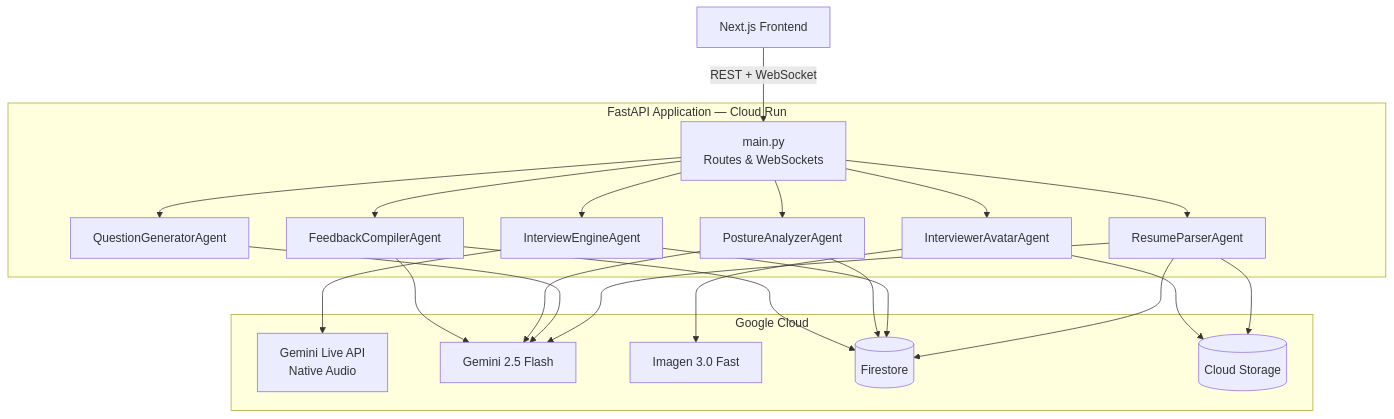
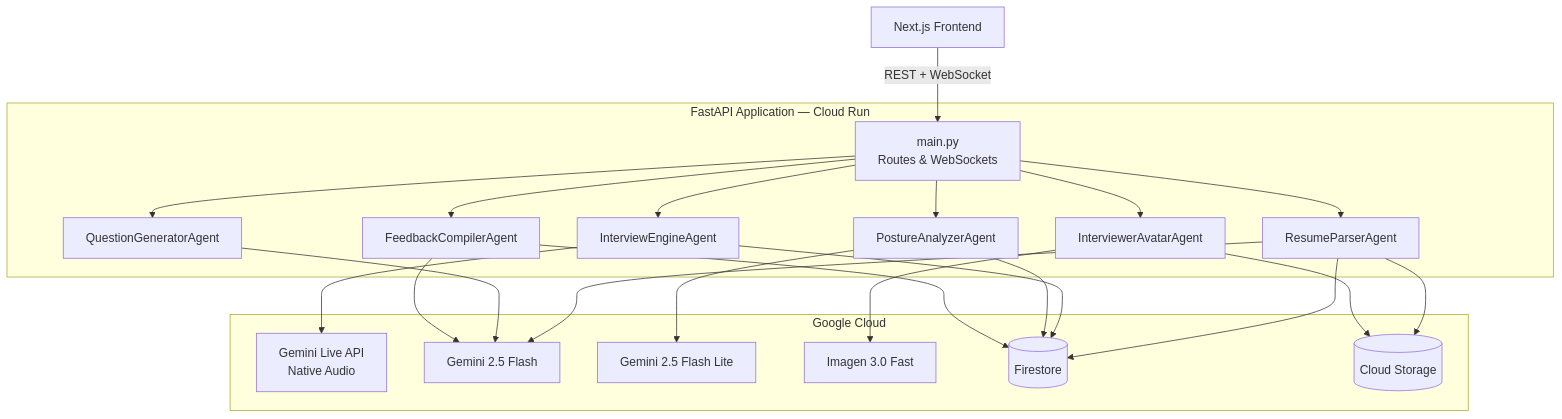
The first of 2 diagrams in backend/README.md (mockmate-app/mockmate), drawn with Mermaid before and after one commit. The commit also changed other lines of this file and 2 other files, not shown here.

````diff
--- a/backend/README.md
+++ b/backend/README.md
@@ -9,32 +9,33 @@
 ```mermaid
 graph TB
     FE[Next.js Frontend]
 
     subgraph "FastAPI Application — Cloud Run"
         MAIN[main.py<br/>Routes & WebSockets]
         RP[ResumeParserAgent]
         QG[QuestionGeneratorAgent]
         IE[InterviewEngineAgent]
         PA[PostureAnalyzerAgent]
         FC[FeedbackCompilerAgent]
         IA[InterviewerAvatarAgent]
     end
 
     subgraph "Google Cloud"
         LIVE[Gemini Live API<br/>Native Audio]
         FLASH[Gemini 2.5 Flash]
+        FLASH_LITE[Gemini 2.5 Flash Lite]
         IMAGEN[Imagen 3.0 Fast]
         FS[(Firestore)]
         GCS[(Cloud Storage)]
     end
 
     FE -- "REST + WebSocket" --> MAIN
     MAIN --> RP & QG & IE & PA & FC & IA
 
     RP --> FLASH & GCS & FS
     QG --> FLASH
     IE --> LIVE & FS
-    PA --> FLASH & FS
+    PA --> FLASH_LITE & FS
     FC --> FLASH & FS
     IA --> IMAGEN & GCS
 ```
````
